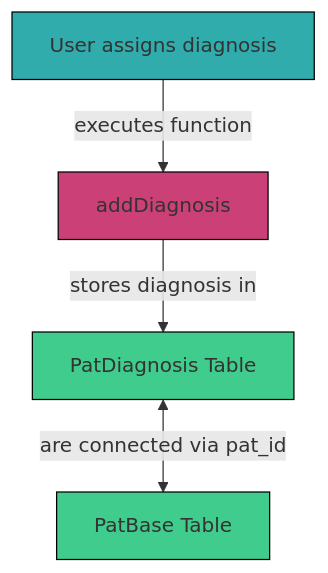
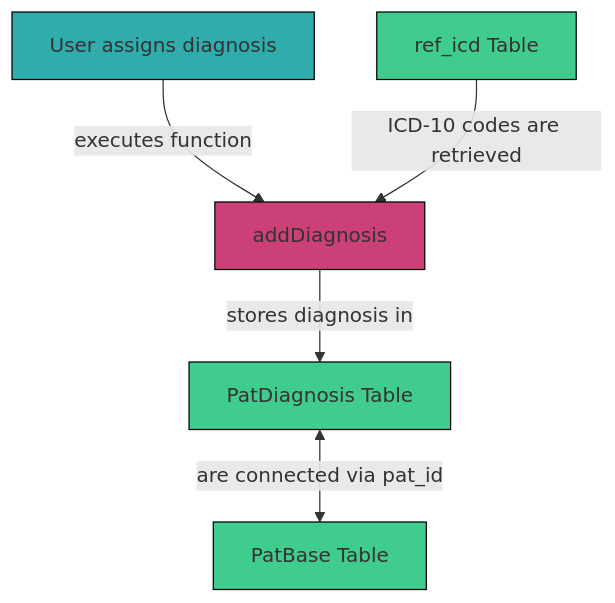
Before and after one commit to jan-cieslik/clinicedge_docs: the diagram in docs/Database_Structure/3_2_6_pat_diagnosis.md, drawn with Mermaid. The commit also changed other lines of this file and 11 other files, not shown here.

````diff
--- a/docs/Database_Structure/3_2_6_pat_diagnosis.md
+++ b/docs/Database_Structure/3_2_6_pat_diagnosis.md
@@ -17,11 +17,12 @@
 ```mermaid
 flowchart TD
     U["User assigns diagnosis"]:::UI -- executes function --> A["addDiagnosis"]:::logic
+    C[ref_icd Table]:::supabase -- ICD-10 codes are retrieved --> A  
     A -- stores diagnosis in --> B["PatDiagnosis Table"]:::supabase
     B <-- are connected via pat_id --> E["PatBase Table"]:::supabase
 
 classDef UI fill:#30acac,stroke:#000000,stroke-width:1px;
 classDef logic fill:#cc4078,stroke:#000000,stroke-width:1px;
 classDef supabase fill:#40cc8c,stroke:#000000,stroke-width:1px;
 classDef reference fill:#8240cc,stroke:#000000,stroke-width:1px;
-``` 
+```
````
